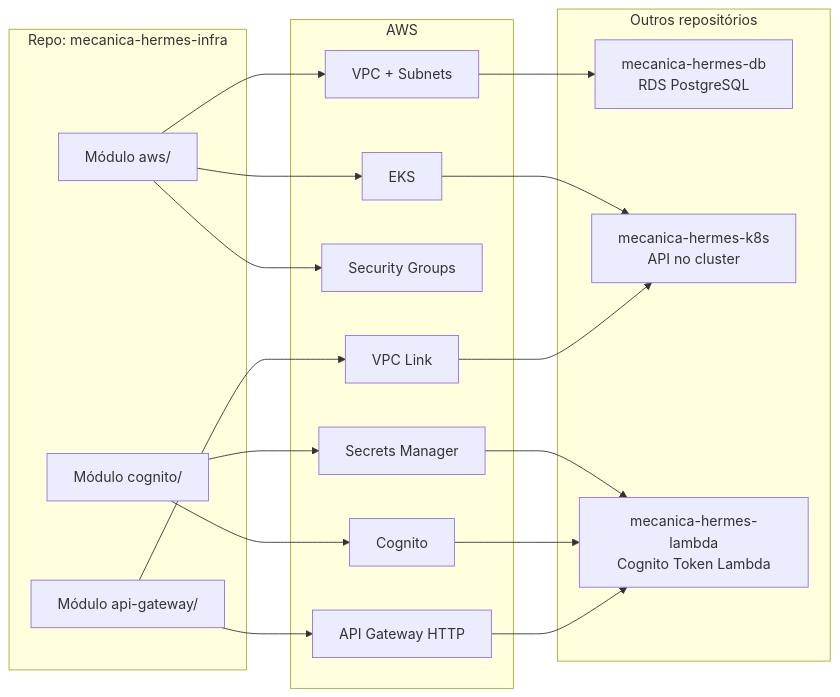
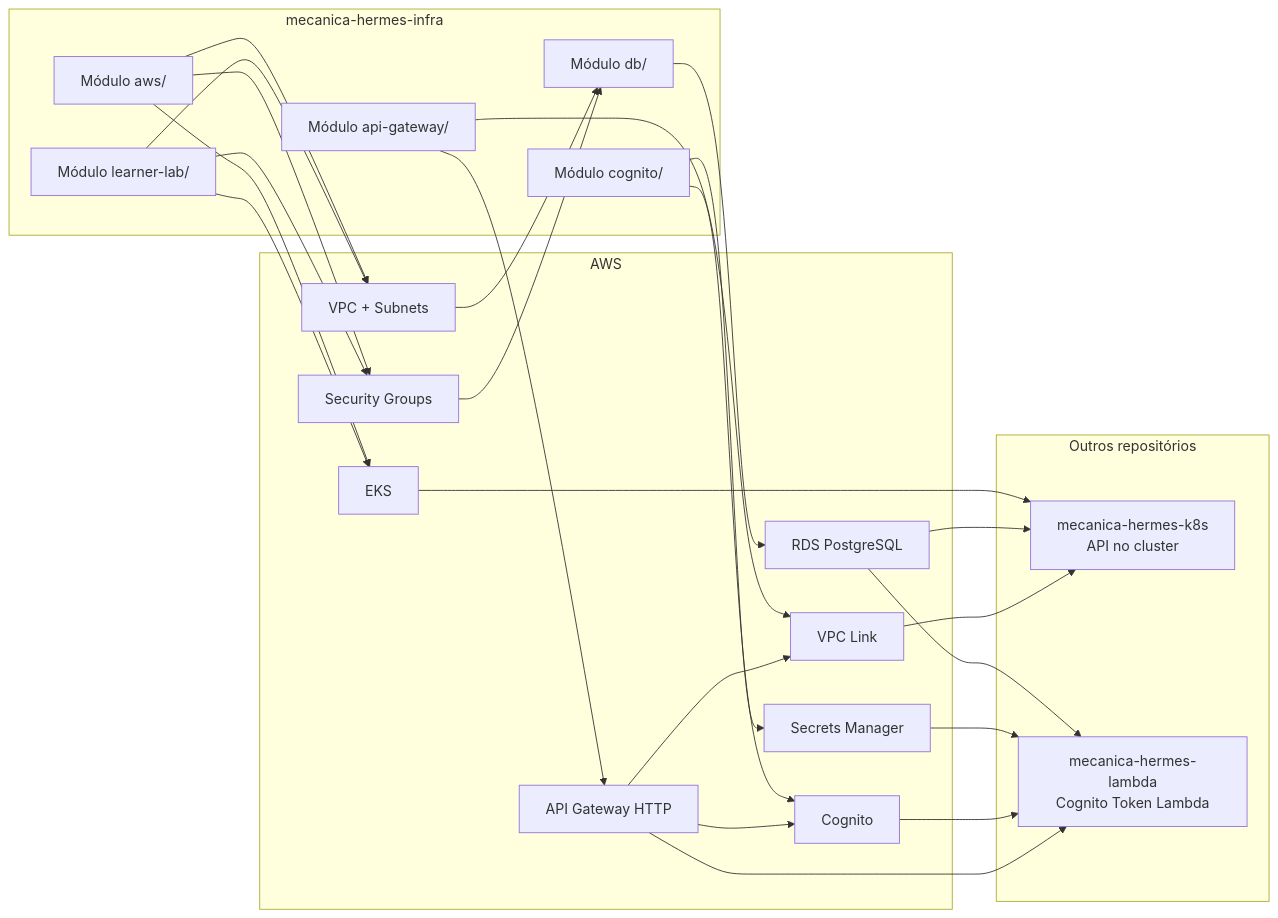
The diagram in docs/Arquitetura.md (fiap-challenge-13soat/mecanica-hermes-infra), drawn with Mermaid before and after one commit. The commit also changed other lines of this file and 84 other files, not shown here.

````diff
--- a/docs/Arquitetura.md
+++ b/docs/Arquitetura.md
@@ -15,41 +17,53 @@
 ```mermaid
 flowchart LR
-  subgraph InfraRepo["Repo: mecanica-hermes-infra"]
+  subgraph InfraRepo["mecanica-hermes-infra"]
     AWS["Módulo aws/"]
+    LL["Módulo learner-lab/"]
     COG["Módulo cognito/"]
+    DBTF["Módulo db/"]
     APIGW["Módulo api-gateway/"]
   end
 
   subgraph AWSCloud["AWS"]
     VPC["VPC + Subnets"]
     EKS["EKS"]
     SG["Security Groups"]
     COGNITO["Cognito"]
     SM["Secrets Manager"]
+    RDS["RDS PostgreSQL"]
     GATEWAY["API Gateway HTTP"]
     VPCLINK["VPC Link"]
   end
 
   subgraph ExternalRepos["Outros repositórios"]
-    DB["mecanica-hermes-db\nRDS PostgreSQL"]
     K8S["mecanica-hermes-k8s\nAPI no cluster"]
     LAMBDA["mecanica-hermes-lambda\nCognito Token Lambda"]
   end
 
   AWS --> VPC
   AWS --> EKS
   AWS --> SG
+  LL --> VPC
+  LL --> EKS
+  LL --> SG
 
   COG --> COGNITO
   COG --> SM
 
+  DBTF --> RDS
+  VPC --> DBTF
+  SG --> DBTF
+
   APIGW --> GATEWAY
   APIGW --> VPCLINK
 
-  VPC --> DB
   EKS --> K8S
+  RDS --> K8S
+  RDS --> LAMBDA
   SM --> LAMBDA
   COGNITO --> LAMBDA
+  GATEWAY --> COGNITO
   GATEWAY --> LAMBDA
+  GATEWAY --> VPCLINK
   VPCLINK --> K8S
 ```
````
